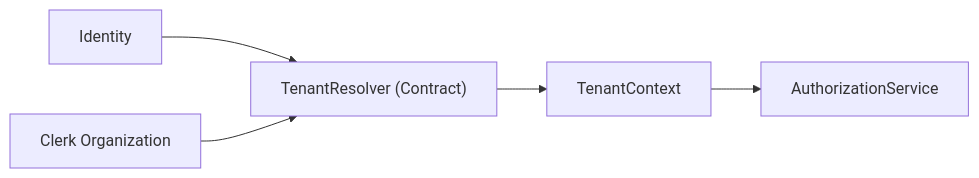
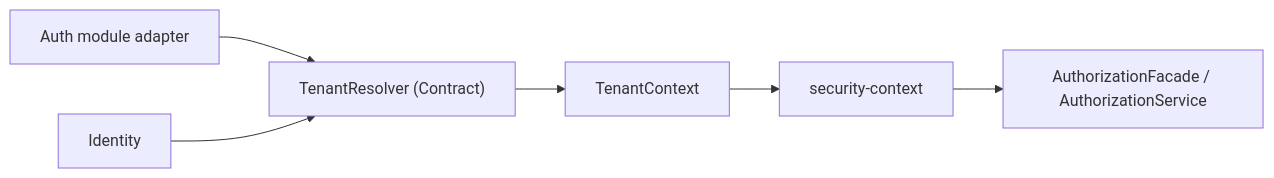
One commit to wmitrus/nextjs-16-boilerplate changed the diagram in docs/architecture/05 - Tenant Resolution Abstraction.mmd. Above: the diagram before and after it, drawn with Mermaid. The commit also changed 6 other files, not shown here.

First line of the commit message:
docs(architecture): update dependency graphs and traceability notes

```diff
--- a/docs/architecture/05 - Tenant Resolution Abstraction.mmd
+++ b/docs/architecture/05 - Tenant Resolution Abstraction.mmd
@@ -1,13 +1,16 @@
 flowchart LR
+%% Traceability: src/core/contracts/tenancy.ts, src/modules/auth/infrastructure/ClerkTenantResolver.ts
+%% Runtime anchors: src/security/core/security-context.ts, src/security/middleware/with-auth.ts, src/security/core/authorization-facade.ts
 
 IDENTITY["Identity"]
 TENANT_RESOLVER["TenantResolver (Contract)"]
 TENANT_CTX["TenantContext"]
-CLERK_ORG["Clerk Organization"]
+AUTH_INFRA["Auth module adapter"]
+SEC_CTX["security-context"]
+AUTHZ["AuthorizationFacade / AuthorizationService"]
 
+AUTH_INFRA --> TENANT_RESOLVER
 IDENTITY --> TENANT_RESOLVER
 TENANT_RESOLVER --> TENANT_CTX
-
-CLERK_ORG --> TENANT_RESOLVER
-
-TENANT_CTX --> AUTHZ["AuthorizationService"]
+TENANT_CTX --> SEC_CTX
+SEC_CTX --> AUTHZ
```
